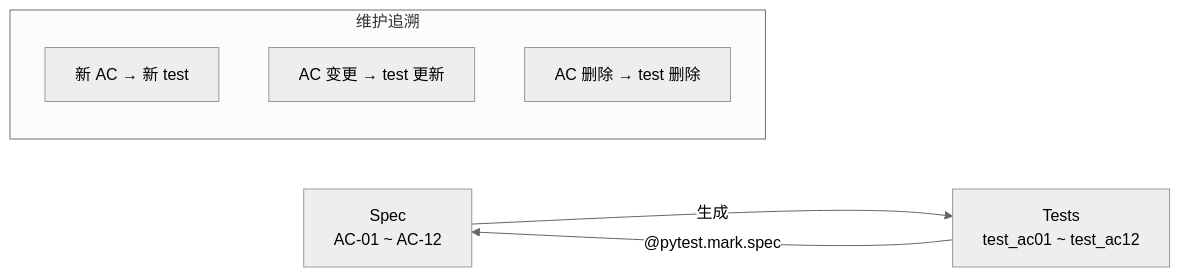
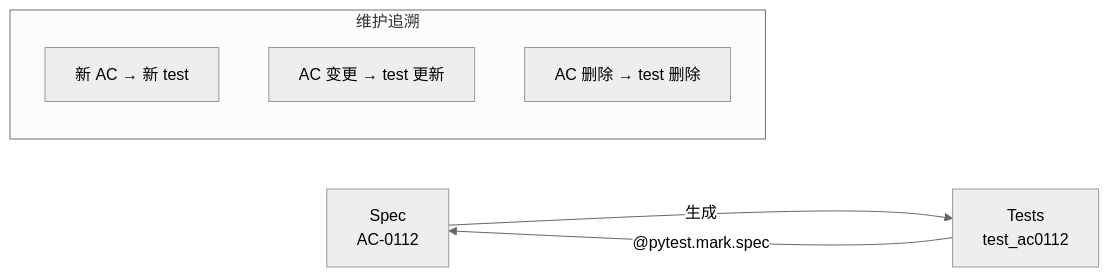
Before and after one commit to keyuanweb/ai-learning-path: the fourth of 4 diagrams in sdd-learning-path/06-Verify验证/03-自动化测试生成.md, drawn with Mermaid (neutral theme). The commit also changed 2 other files, not shown here.

Commit message:
style: 统一AC/Task编号区间写法，去掉~分隔符
- 上下文窗口管理策略: AC-01~04 → AC-0104 等 3 处 Mermaid 图、2 处 Task 区间、1 处正文
- 基于规范的验证策略: AC-13~16 → AC-1316、AC-01~12 → AC-0112、全部 AC (01-12) → (0112)
- 自动化测试生成: AC-01 ~ AC-12 → AC-0112、test_ac01 ~ test_ac12 → test_ac0112

````diff
--- a/sdd-learning-path/06-Verify验证/03-自动化测试生成.md
+++ b/sdd-learning-path/06-Verify验证/03-自动化测试生成.md
@@ -364,11 +364,11 @@
 ```mermaid
 flowchart LR
-  spec["Spec<br/>AC-01 ~ AC-12"] -->|"生成"| tests["Tests<br/>test_ac01 ~ test_ac12"]
+  spec["Spec<br/>AC-0112"] -->|"生成"| tests["Tests<br/>test_ac0112"]
   tests -->|"@pytest.mark.spec"| spec
 
   subgraph trace["维护追溯"]
     t1["新 AC → 新 test"]
     t2["AC 变更 → test 更新"]
     t3["AC 删除 → test 删除"]
   end
 ```
````
